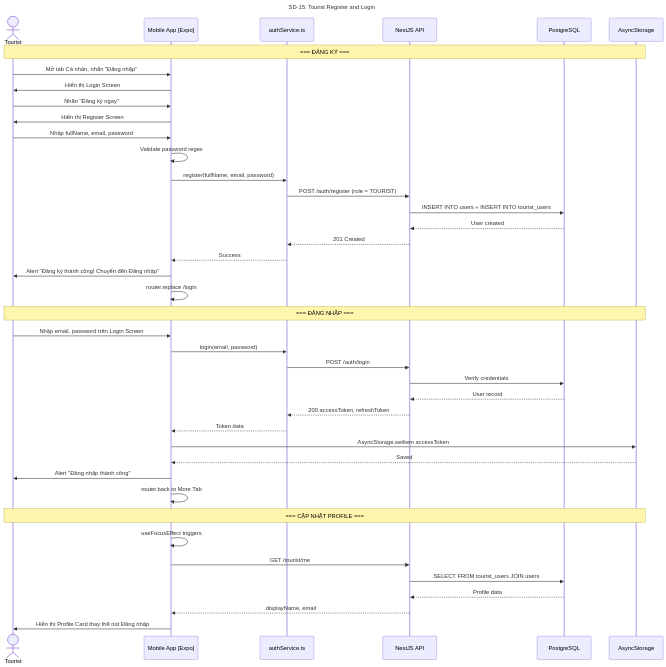
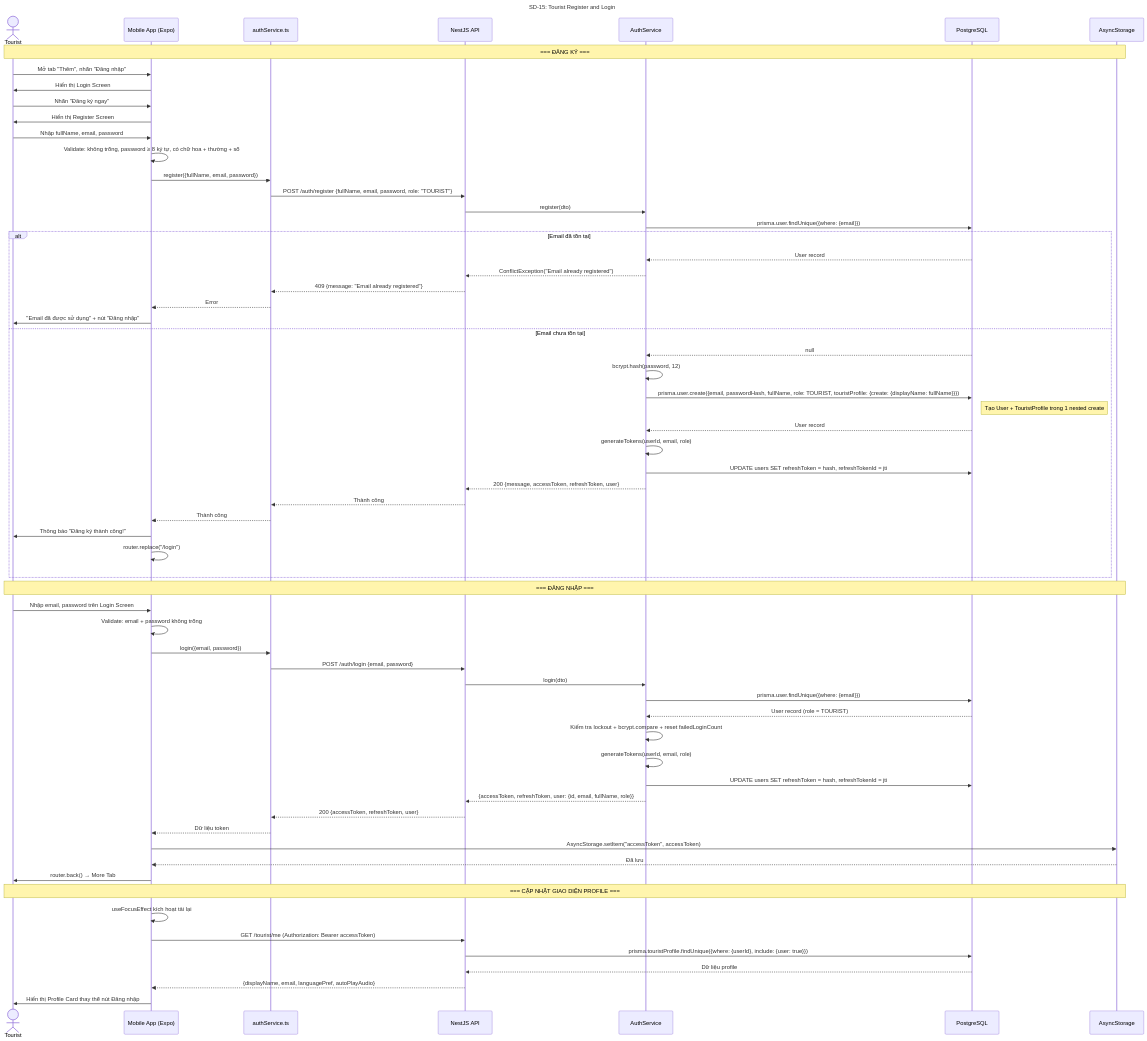
Diagram 15 of 28 in docs/step3_prd/15_sequence_diagrams.md (Ttuandatt/Seminar), drawn with Mermaid before and after one commit. The commit also changed other lines of this file and 19 other files, not shown here.

First line of the commit message:
feat(auth): implement forgot/reset password with Brevo email service

````diff
--- a/docs/step3_prd/15_sequence_diagrams.md
+++ b/docs/step3_prd/15_sequence_diagrams.md
@@ -784,47 +847,70 @@
 ```mermaid
 sequenceDiagram
     title SD-15: Tourist Register and Login
     actor Tourist
-    participant App as Mobile App [Expo]
+    participant App as Mobile App (Expo)
     participant Auth as authService.ts
     participant API as NestJS API
+    participant AuthSvc as AuthService
     participant DB as PostgreSQL
     participant Store as AsyncStorage
 
     Note over Tourist, Store: === ĐĂNG KÝ ===
-    Tourist->>App: Mở tab Cá nhân, nhấn "Đăng nhập"
+    Tourist->>App: Mở tab "Thêm", nhấn "Đăng nhập"
     App->>Tourist: Hiển thị Login Screen
     Tourist->>App: Nhấn "Đăng ký ngay"
     App->>Tourist: Hiển thị Register Screen
     Tourist->>App: Nhập fullName, email, password
-    App->>App: Validate password regex
-    App->>Auth: register(fullName, email, password)
-    Auth->>API: POST /auth/register (role = TOURIST)
-    API->>DB: INSERT INTO users + INSERT INTO tourist_users
-    DB-->>API: User created
-    API-->>Auth: 201 Created
-    Auth-->>App: Success
-    App->>Tourist: Alert "Đăng ký thành công! Chuyển đến Đăng nhập"
-    App->>App: router.replace /login
+    App->>App: Validate: không trống, password ≥ 8 ký tự, có chữ hoa + thường + số
+    App->>Auth: register({fullName, email, password})
+    Auth->>API: POST /auth/register {fullName, email, password, role: "TOURIST"}
+    API->>AuthSvc: register(dto)
+    AuthSvc->>DB: prisma.user.findUnique({where: {email}})
+
+    alt Email đã tồn tại
+        DB-->>AuthSvc: User record
+        AuthSvc-->>API: ConflictException("Email already registered")
+        API-->>Auth: 409 {message: "Email already registered"}
+        Auth-->>App: Error
+        App->>Tourist: "Email đã được sử dụng" + nút "Đăng nhập"
+    else Email chưa tồn tại
+        DB-->>AuthSvc: null
+        AuthSvc->>AuthSvc: bcrypt.hash(password, 12)
+        AuthSvc->>DB: prisma.user.create({email, passwordHash, fullName, role: TOURIST, touristProfile: {create: {displayName: fullName}}})
+        Note right of DB: Tạo User + TouristProfile trong 1 nested create
+        DB-->>AuthSvc: User record
+        AuthSvc->>AuthSvc: generateTokens(userId, email, role)
+        AuthSvc->>DB: UPDATE users SET refreshToken = hash, refreshTokenId = jti
+        AuthSvc-->>API: 200 {message, accessToken, refreshToken, user}
+        API-->>Auth: Thành công
+        Auth-->>App: Thành công
+        App->>Tourist: Thông báo "Đăng ký thành công!"
+        App->>App: router.replace("/login")
+    end
 
     Note over Tourist, Store: === ĐĂNG NHẬP ===
     Tourist->>App: Nhập email, password trên Login Screen
-    App->>Auth: login(email, password)
-    Auth->>API: POST /auth/login
-    API->>DB: Verify credentials
-    DB-->>API: User record
-    API-->>Auth: 200 accessToken, refreshToken
-    Auth-->>App: Token data
-    App->>Store: AsyncStorage.setItem accessToken
-    Store-->>App: Saved
-    App->>Tourist: Alert "Đăng nhập thành công"
-    App->>App: router.back to More Tab
+    App->>App: Validate: email + password không trống
+    App->>Auth: login({email, password})
+    Auth->>API: POST /auth/login {email, password}
+    API->>AuthSvc: login(dto)
+    AuthSvc->>DB: prisma.user.findUnique({where: {email}})
+    DB-->>AuthSvc: User record (role = TOURIST)
+    AuthSvc->>AuthSvc: Kiểm tra lockout + bcrypt.compare + reset failedLoginCount
+    AuthSvc->>AuthSvc: generateTokens(userId, email, role)
+    AuthSvc->>DB: UPDATE users SET refreshToken = hash, refreshTokenId = jti
+    AuthSvc-->>API: {accessToken, refreshToken, user: {id, email, fullName, role}}
+    API-->>Auth: 200 {accessToken, refreshToken, user}
+    Auth-->>App: Dữ liệu token
+    App->>Store: AsyncStorage.setItem("accessToken", accessToken)
+    Store-->>App: Đã lưu
+    App->>Tourist: router.back() → More Tab
 
-    Note over Tourist, Store: === CẬP NHẬT PROFILE ===
-    App->>App: useFocusEffect triggers
-    App->>API: GET /tourist/me
-    API->>DB: SELECT FROM tourist_users JOIN users
-    DB-->>API: Profile data
-    API-->>App: displayName, email
+    Note over Tourist, Store: === CẬP NHẬT GIAO DIỆN PROFILE ===
+    App->>App: useFocusEffect kích hoạt tải lại
+    App->>API: GET /tourist/me (Authorization: Bearer accessToken)
+    API->>DB: prisma.touristProfile.findUnique({where: {userId}, include: {user: true}})
+    DB-->>API: Dữ liệu profile
+    API-->>App: {displayName, email, languagePref, autoPlayAudio}
     App->>Tourist: Hiển thị Profile Card thay thế nút Đăng nhập
 ```
````
